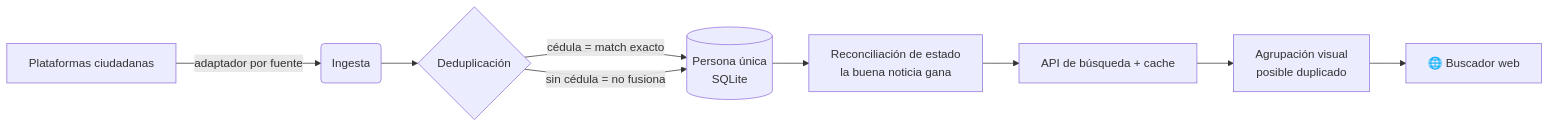
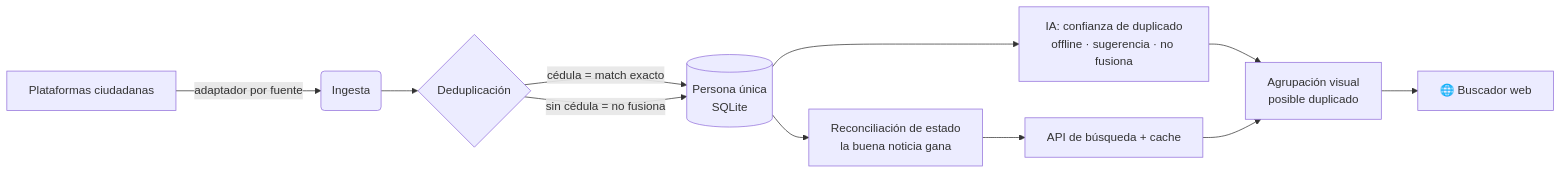
One commit to reandimo/vzla-finder changed the diagram in README.md. Above: the diagram before and after it, drawn with Mermaid. The commit also changed other lines of this file and 3 other files, not shown here.

Commit message:
docs(ia): landing, README y wiki describen la capa de IA (sugerencia, nunca fusiona)

````diff
--- a/README.md
+++ b/README.md
@@ -42,11 +42,13 @@
 ```mermaid
 flowchart LR
     A[Plataformas ciudadanas] -->|adaptador por fuente| B(Ingesta)
     B --> C{Deduplicación}
     C -->|cédula = match exacto| D[(Persona única<br/>SQLite)]
     C -->|sin cédula = no fusiona| D
     D --> E[Reconciliación de estado<br/>la buena noticia gana]
     E --> F[API de búsqueda + cache]
+    D --> I[IA: confianza de duplicado<br/>offline · sugerencia · no fusiona]
+    I --> H
     F --> H[Agrupación visual<br/>posible duplicado]
     H --> G[🌐 Buscador web]
 ```
````
